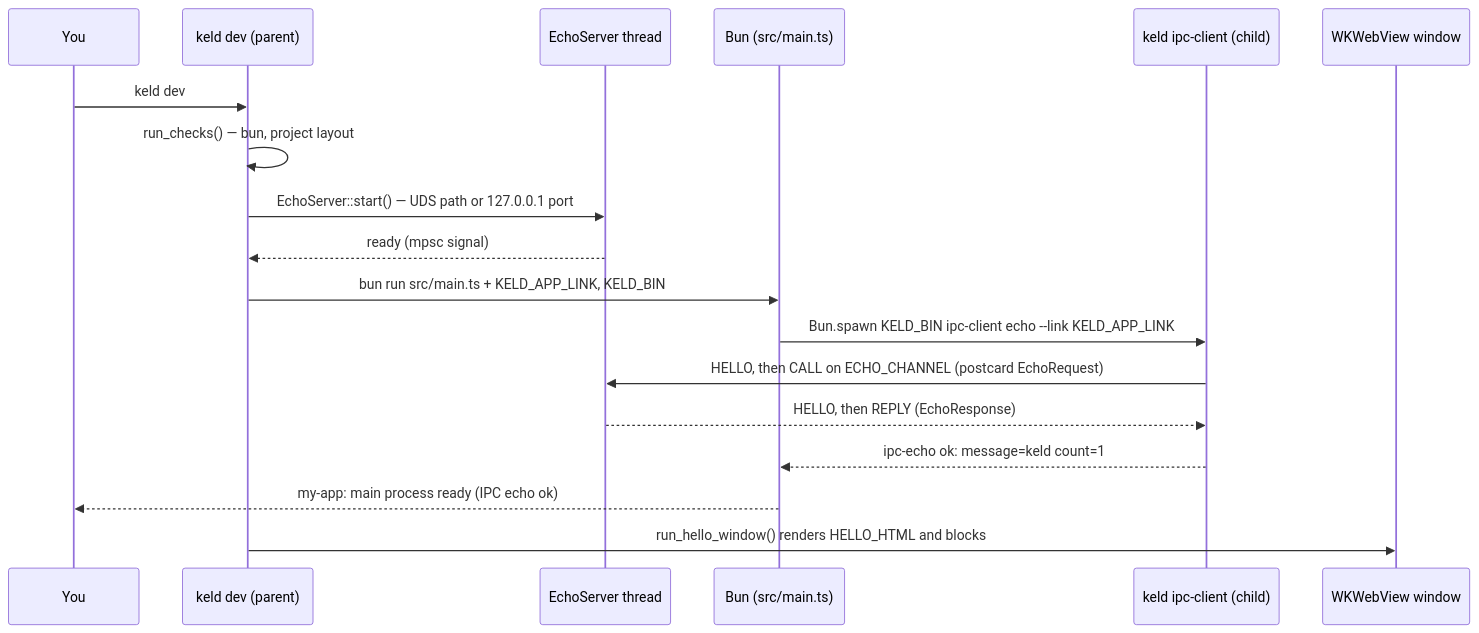
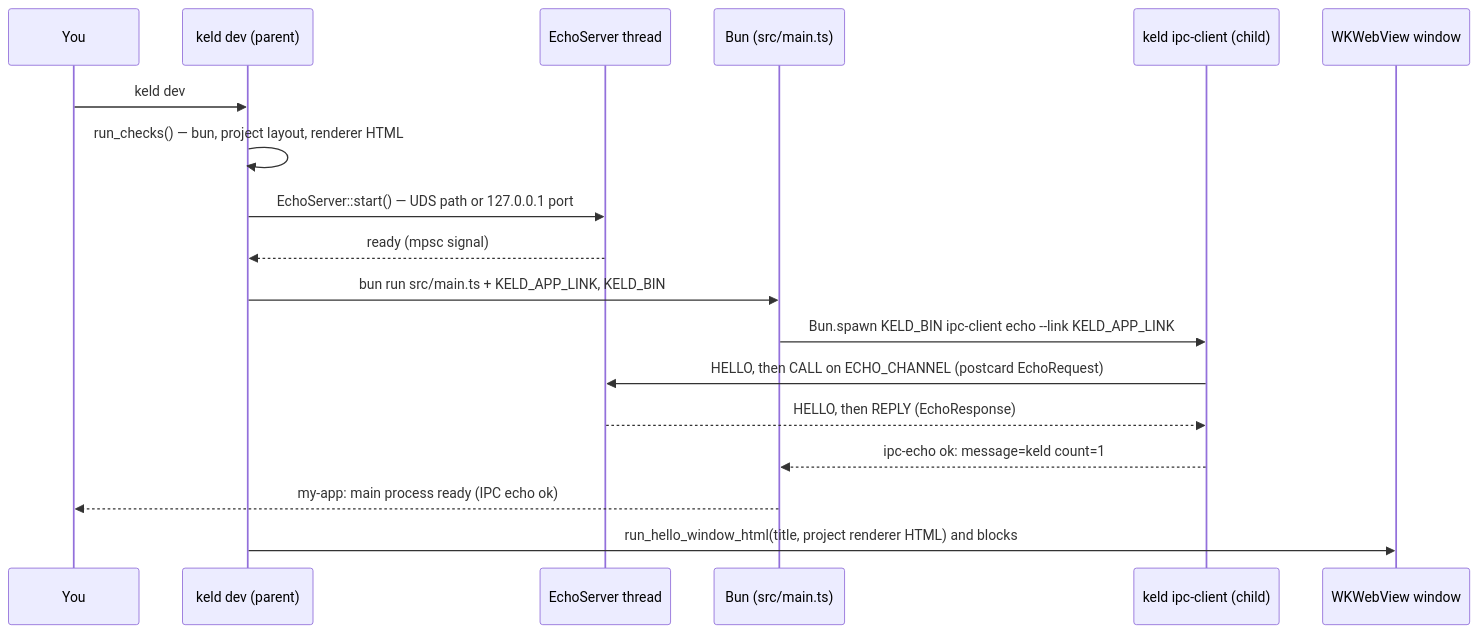
One commit to gyldlab/keld changed the diagram in docs/onboarding/03-api-and-cli-surface.md. Above: the diagram before and after it, drawn with Mermaid. The commit also changed other lines of this file and 16 other files, not shown here.

First line of the commit message:
docs: sync architecture, onboarding, error registry, and llms corpus

````diff
--- a/docs/onboarding/03-api-and-cli-surface.md
+++ b/docs/onboarding/03-api-and-cli-surface.md
@@ -640,21 +681,21 @@
 ```mermaid
 sequenceDiagram
     participant Dev as You
     participant CLI as keld dev (parent)
     participant Echo as EchoServer thread
     participant Bun as Bun (src/main.ts)
     participant Client as keld ipc-client (child)
     participant Win as WKWebView window
 
     Dev->>CLI: keld dev
-    CLI->>CLI: run_checks() — bun, project layout
+    CLI->>CLI: run_checks() — bun, project layout, renderer HTML
     CLI->>Echo: EchoServer::start() — UDS path or 127.0.0.1 port
     Echo-->>CLI: ready (mpsc signal)
     CLI->>Bun: bun run src/main.ts + KELD_APP_LINK, KELD_BIN
     Bun->>Client: Bun.spawn KELD_BIN ipc-client echo --link KELD_APP_LINK
     Client->>Echo: HELLO, then CALL on ECHO_CHANNEL (postcard EchoRequest)
     Echo-->>Client: HELLO, then REPLY (EchoResponse)
     Client-->>Bun: ipc-echo ok: message=keld count=1
     Bun-->>Dev: my-app: main process ready (IPC echo ok)
-    CLI->>Win: run_hello_window() renders HELLO_HTML and blocks
+    CLI->>Win: run_hello_window_html(title, project renderer HTML) and blocks
 ```
````
